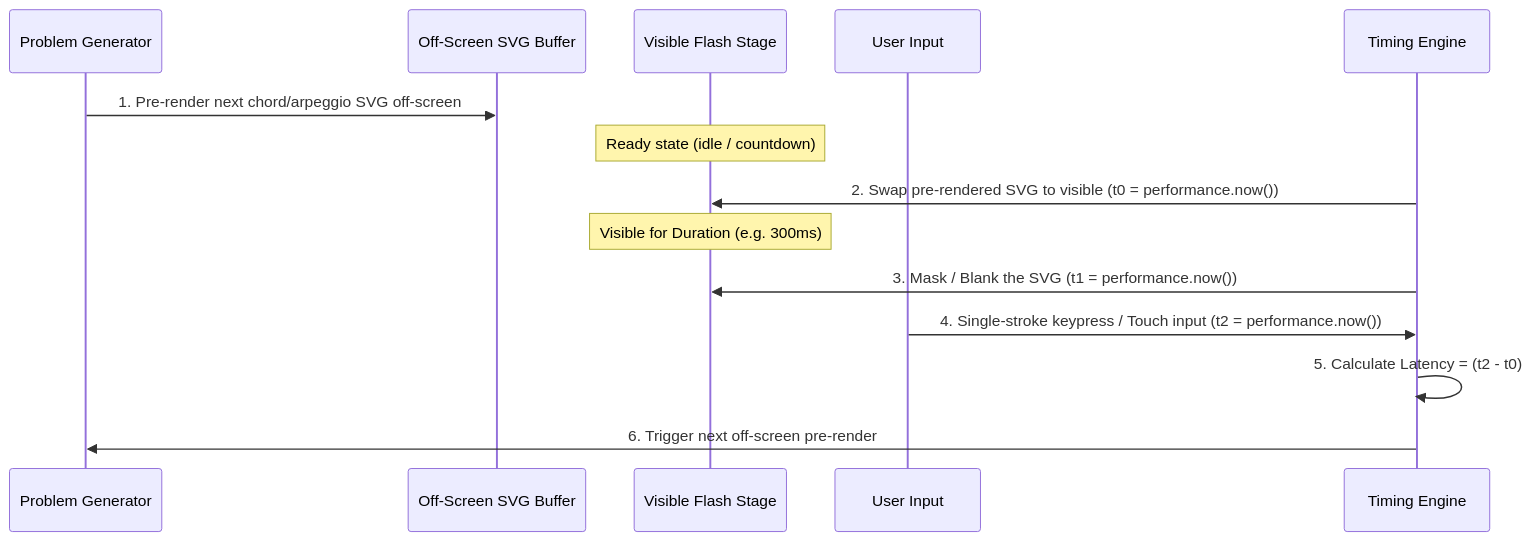
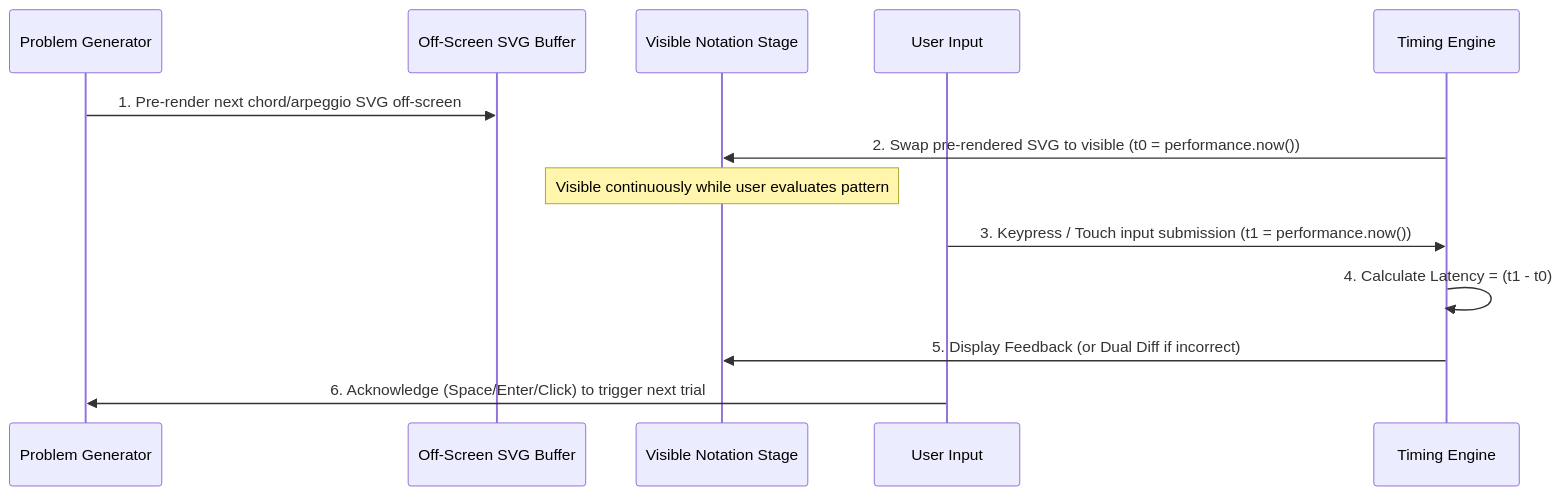
One commit to brills/sheet_trainer changed the second of 2 diagrams in TECHNICAL_ARCHITECTURE.md. Above: the diagram before and after it, drawn with Mermaid. The commit also changed other lines of this file and 3 other files, not shown here.

Commit message:
docs: align design, architecture, implementation plan, and readme with codebase implementation

````diff
--- a/TECHNICAL_ARCHITECTURE.md
+++ b/TECHNICAL_ARCHITECTURE.md
@@ -220,17 +222,16 @@
 ```mermaid
 sequenceDiagram
     participant Generator as Problem Generator
     participant Offscreen as Off-Screen SVG Buffer
-    participant Stage as Visible Flash Stage
+    participant Stage as Visible Notation Stage
     participant User as User Input
     participant Engine as Timing Engine
 
     Generator->>Offscreen: 1. Pre-render next chord/arpeggio SVG off-screen
-    Note over Stage: Ready state (idle / countdown)
     Engine->>Stage: 2. Swap pre-rendered SVG to visible (t0 = performance.now())
-    Note over Stage: Visible for Duration (e.g. 300ms)
-    Engine->>Stage: 3. Mask / Blank the SVG (t1 = performance.now())
-    User->>Engine: 4. Single-stroke keypress / Touch input (t2 = performance.now())
-    Engine->>Engine: 5. Calculate Latency = (t2 - t0)
-    Engine->>Generator: 6. Trigger next off-screen pre-render
+    Note over Stage: Visible continuously while user evaluates pattern
+    User->>Engine: 3. Keypress / Touch input submission (t1 = performance.now())
+    Engine->>Engine: 4. Calculate Latency = (t1 - t0)
+    Engine->>Stage: 5. Display Feedback (or Dual Diff if incorrect)
+    User->>Generator: 6. Acknowledge (Space/Enter/Click) to trigger next trial
 ```
````
